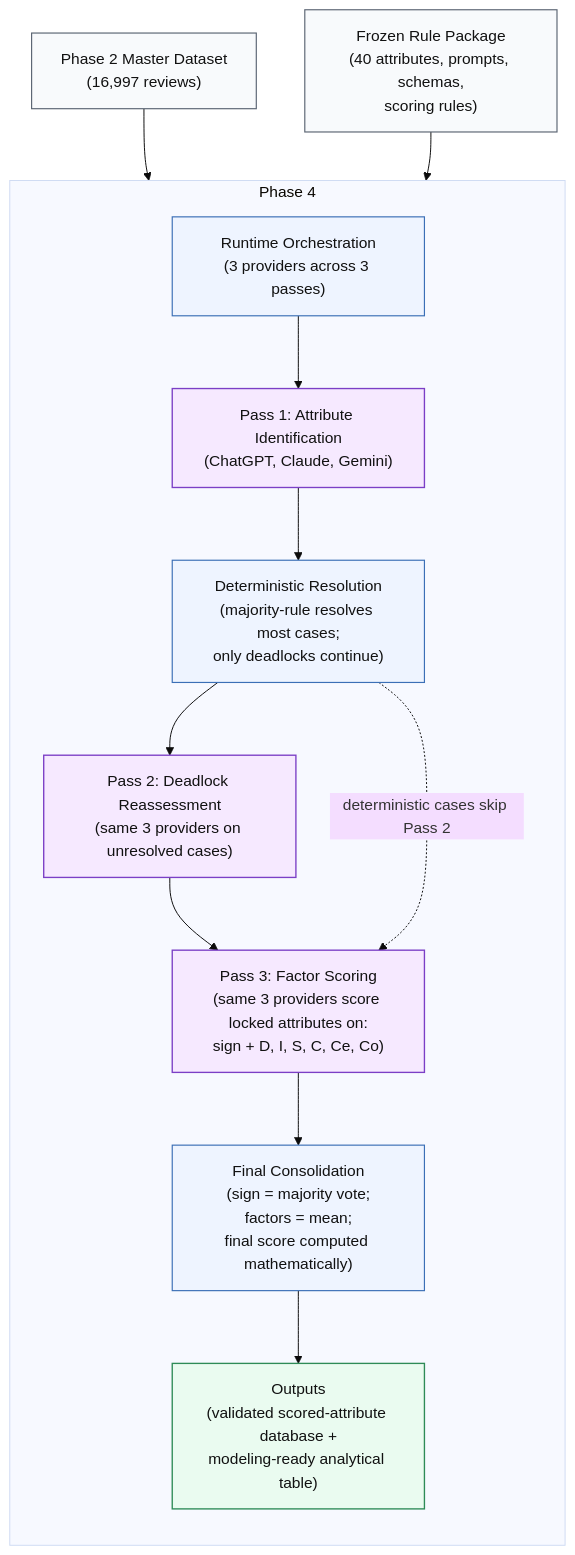
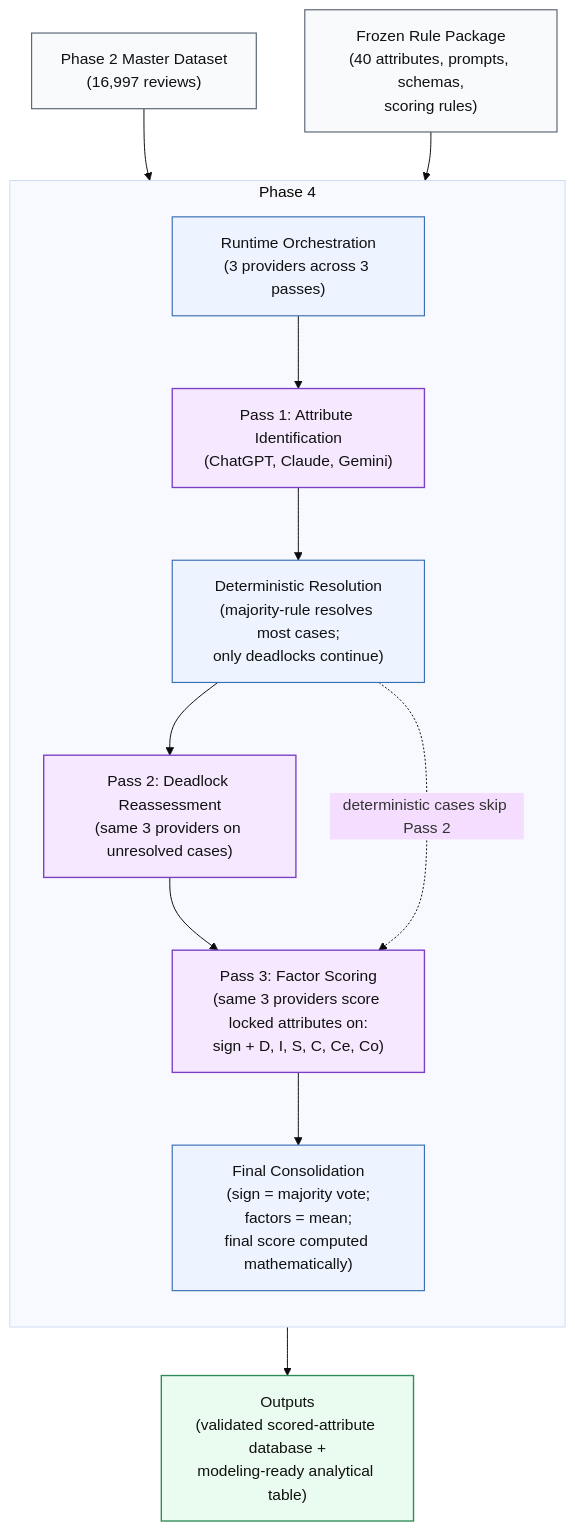
Before and after one commit to sergiodavila18-afk/DSA5900: the diagram in 06_figures_and_diagrams/mermaid_source/phase_4_simple.md, drawn with Mermaid (base theme).

Commit message:
Refactor diagram flow by removing output step

````diff
--- a/06_figures_and_diagrams/mermaid_source/phase_4_simple.md
+++ b/06_figures_and_diagrams/mermaid_source/phase_4_simple.md
@@ -1,40 +1,41 @@
 ```mermaid
 flowchart TD
 
     D["Phase 2 Master Dataset<br/>(16,997 reviews)"]:::data
     PKG["Frozen Rule Package<br/>(40 attributes, prompts, schemas,<br/>scoring rules)"]:::data
 
     subgraph P4["Phase 4"]
         direction TB
 
         ORCH["Runtime Orchestration<br/>(3 providers across 3 passes)"]:::proc
 
         P1["Pass 1: Attribute Identification<br/>(ChatGPT, Claude, Gemini)"]:::llm
 
         RES["Deterministic Resolution<br/>(majority-rule resolves most cases;<br/>only deadlocks continue)"]:::proc
 
         P2["Pass 2: Deadlock Reassessment<br/>(same 3 providers on unresolved cases)"]:::llm
 
         P3["Pass 3: Factor Scoring<br/>(same 3 providers score locked attributes on:<br/>sign + D, I, S, C, Ce, Co)"]:::llm
 
         CONS["Final Consolidation<br/>(sign = majority vote;<br/>factors = mean;<br/>final score computed mathematically)"]:::proc
 
-        OUT["Outputs<br/>(validated scored-attribute database +<br/>modeling-ready analytical table)"]:::output
-
-        ORCH --> P1 --> RES --> P2 --> P3 --> CONS --> OUT
+        ORCH --> P1 --> RES --> P2 --> P3 --> CONS
         RES -. "deterministic cases skip Pass 2" .-> P3
     end
 
+    OUT["Outputs<br/>(validated scored-attribute database +<br/>modeling-ready analytical table)"]:::output
+
     D --> ORCH
     PKG --> ORCH
+    CONS --> OUT
 
     classDef llm fill:#F6E9FF,stroke:#7B3FC6,stroke-width:1.4px,color:#111;
     classDef proc fill:#EEF4FF,stroke:#3B6FB6,stroke-width:1.2px,color:#111;
     classDef data fill:#F8FAFC,stroke:#5B6573,stroke-width:1.2px,color:#111;
     classDef output fill:#EAFBF0,stroke:#2E8B57,stroke-width:1.4px,color:#111;
 
     class D,PKG data;
     class ORCH,RES,CONS proc;
     class P1,P2,P3 llm;
     class OUT output;
 ```
````
